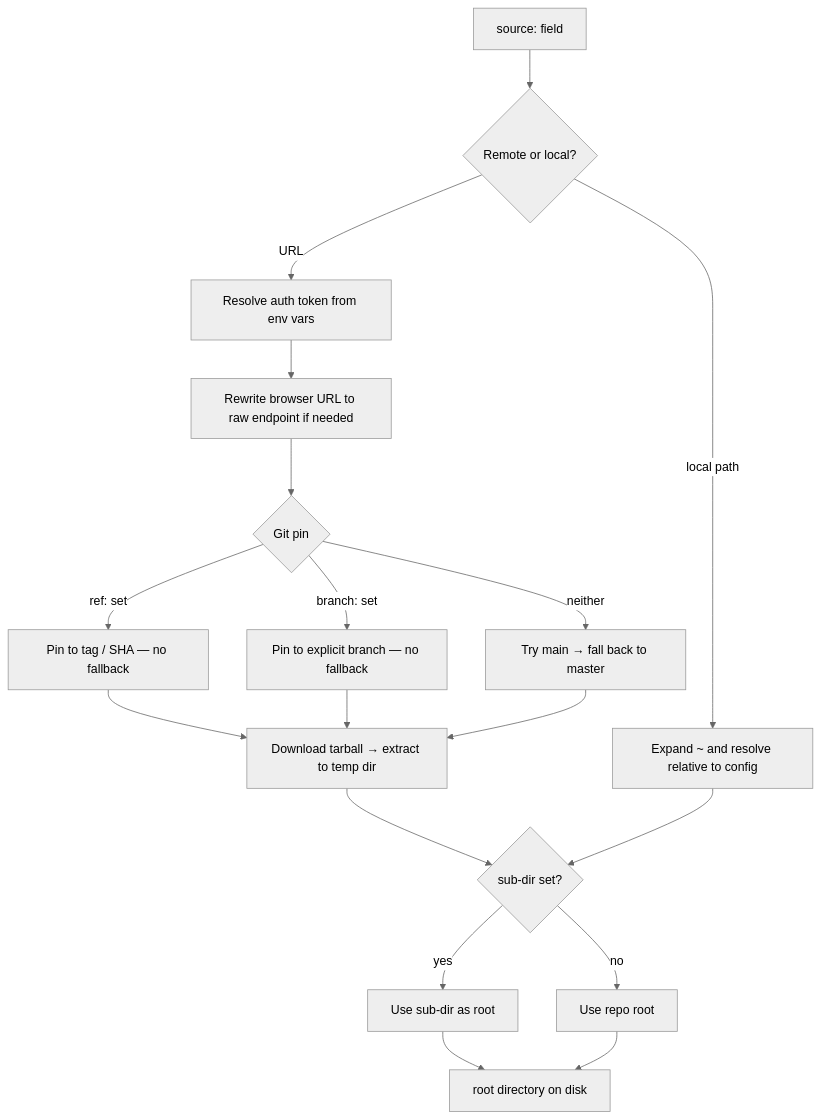
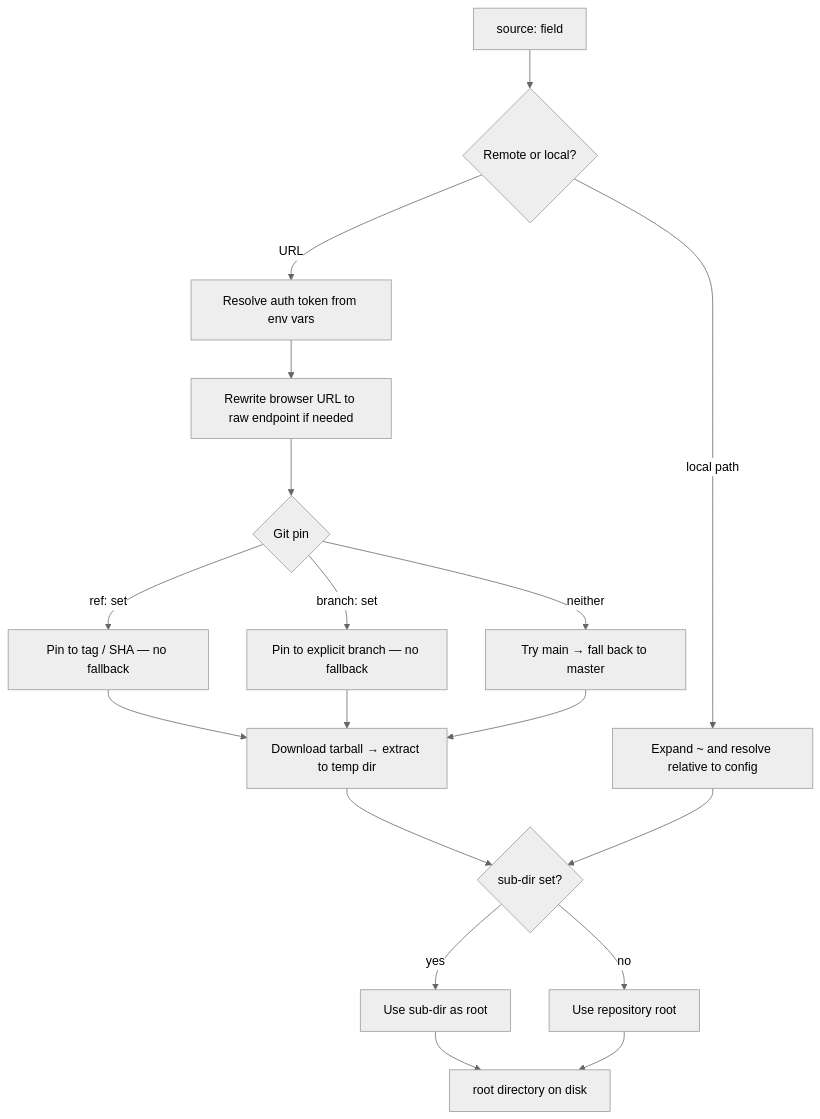
Before and after one commit to FlexNetOS/kasetto: the second of 10 diagrams in site/content/docs/sync-flow.mdx, drawn with Mermaid (neutral theme). The commit also changed other lines of this file and 11 other files, not shown here.

````diff
--- a/site/content/docs/sync-flow.mdx
+++ b/site/content/docs/sync-flow.mdx
@@ -43,23 +43,23 @@
 ```mermaid
 flowchart TD
     A[source: field] --> B{Remote or local?}
 
     B -->|URL| C[Resolve auth token from env vars]
     C --> D[Rewrite browser URL to raw endpoint if needed]
     D --> E{Git pin}
     E -->|ref: set| F[Pin to tag / SHA — no fallback]
     E -->|branch: set| G[Pin to explicit branch — no fallback]
     E -->|neither| H[Try main → fall back to master]
     F --> I[Download tarball → extract to temp dir]
     G --> I
     H --> I
     I --> J{sub-dir set?}
     J -->|yes| K[Use sub-dir as root]
-    J -->|no| L[Use repo root]
+    J -->|no| L[Use repository root]
 
     B -->|local path| M[Expand ~ and resolve relative to config]
     M --> J
 
     K --> N[root directory on disk]
     L --> N
 ```
````
